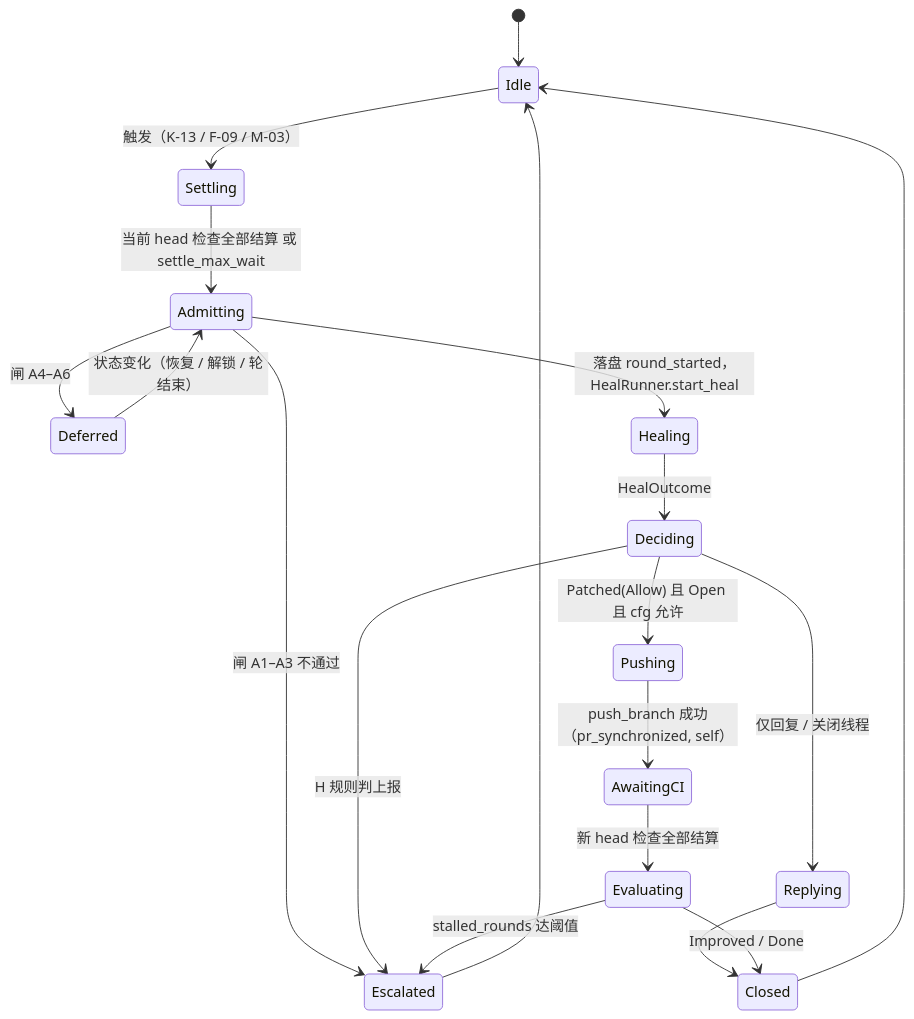
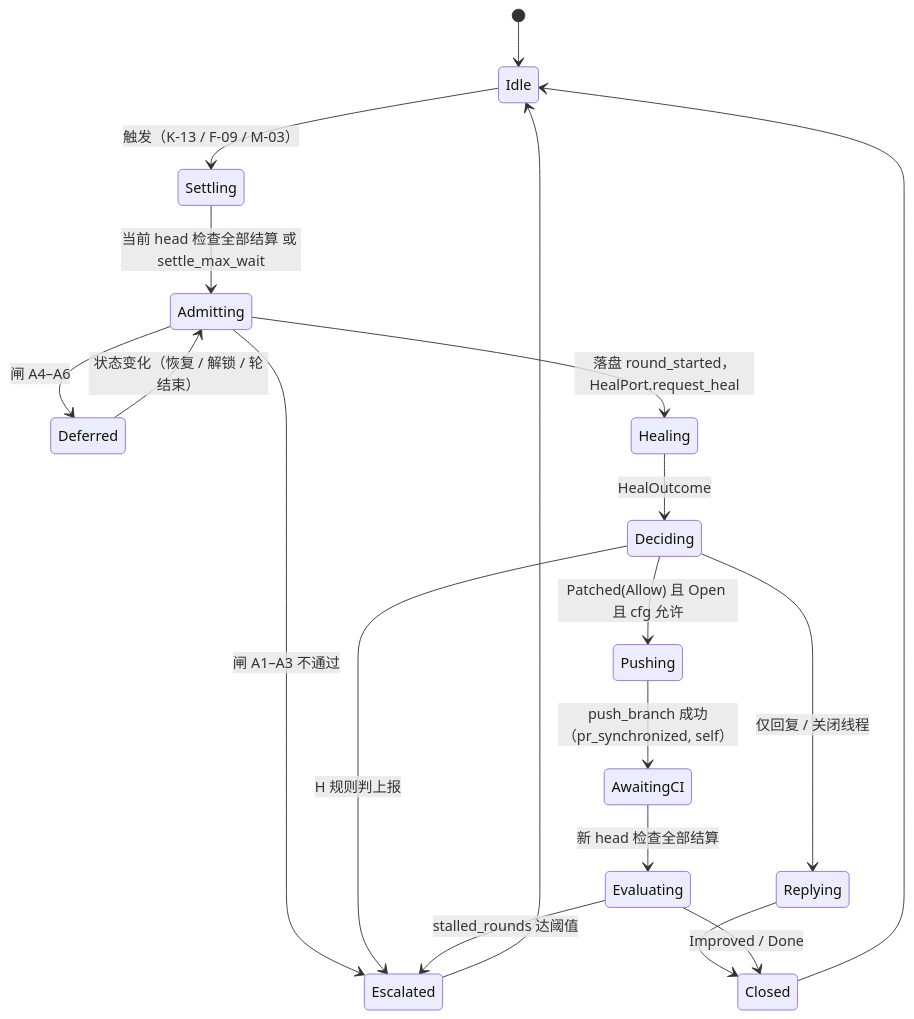
One commit to LeXwDeX/Gantry changed the third of 3 diagrams in docs/modules/guardian.md. Above: the diagram before and after it, drawn with Mermaid. The commit also changed other lines of this file and 4 other files, not shown here.

````diff
--- a/docs/modules/guardian.md
+++ b/docs/modules/guardian.md
@@ -435,21 +443,21 @@
 ```mermaid
 stateDiagram-v2
   [*] --> Idle
   Idle --> Settling: 触发（K-13 / F-09 / M-03）
   Settling --> Admitting: 当前 head 检查全部结算 或 settle_max_wait
   Admitting --> Escalated: 闸 A1–A3 不通过
   Admitting --> Deferred: 闸 A4–A6
   Deferred --> Admitting: 状态变化（恢复 / 解锁 / 轮结束）
-  Admitting --> Healing: 落盘 round_started，HealRunner.start_heal
+  Admitting --> Healing: 落盘 round_started，HealPort.request_heal
   Healing --> Deciding: HealOutcome
   Deciding --> Escalated: H 规则判上报
   Deciding --> Pushing: Patched(Allow) 且 Open 且 cfg 允许
   Deciding --> Replying: 仅回复 / 关闭线程
   Pushing --> AwaitingCI: push_branch 成功（pr_synchronized, self）
   Replying --> Closed
   AwaitingCI --> Evaluating: 新 head 检查全部结算
   Evaluating --> Closed: Improved / Done
   Evaluating --> Escalated: stalled_rounds 达阈值
   Escalated --> Idle
   Closed --> Idle
 ```
````
